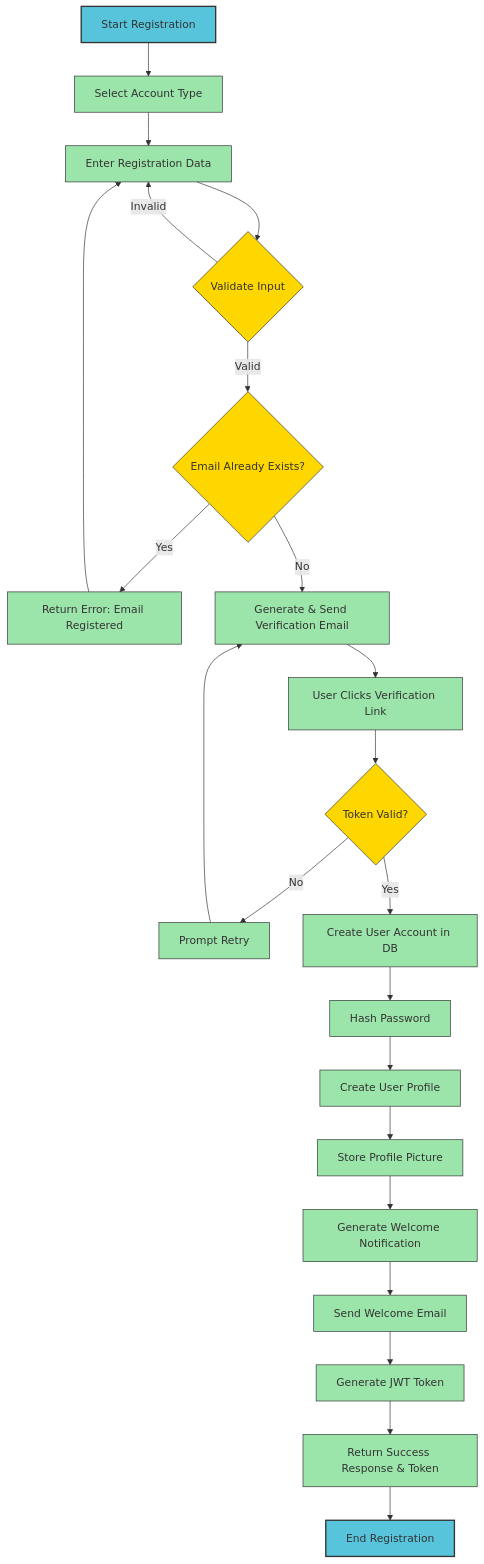
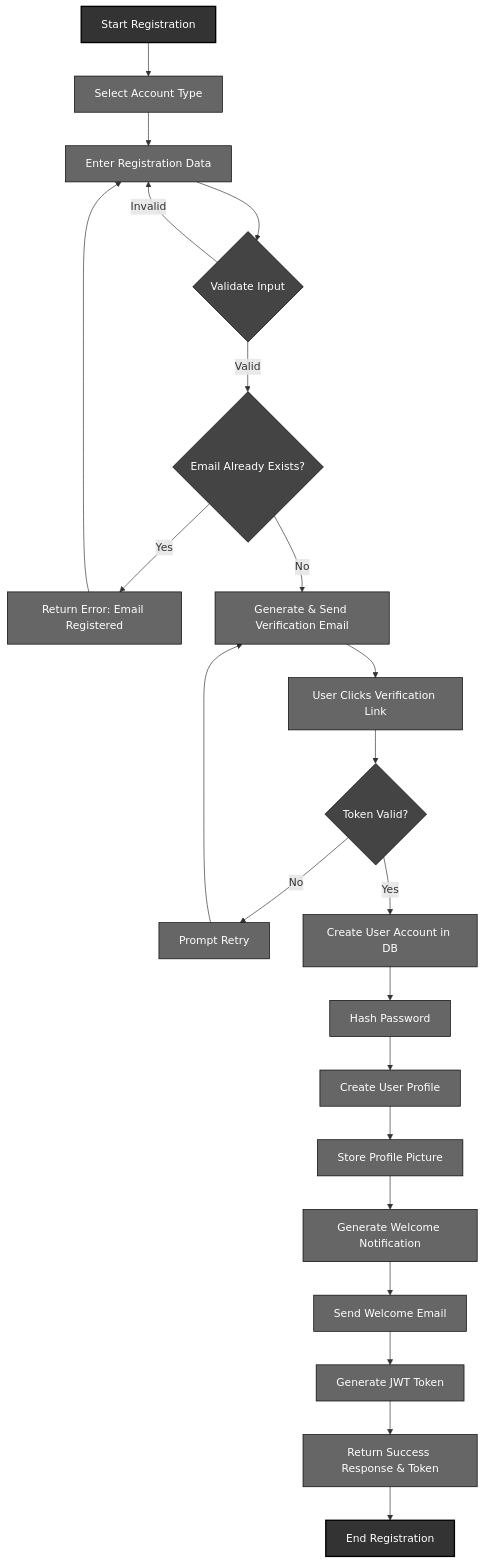
One commit to MaVeN-13TTN/alx-airbnb-project-documentation changed the diagram in flowcharts/README.md. Above: the diagram before and after it, drawn with Mermaid.

Commit message:
Improve flowchart color scheme for better readability in README.md

````diff
--- a/flowcharts/README.md
+++ b/flowcharts/README.md
@@ -285,32 +285,33 @@
 ```mermaid
 flowchart TD
     A[Start Registration] --> B[Select Account Type]
     B --> C[Enter Registration Data]
     C --> D{Validate Input}
     D -->|Invalid| C
     D -->|Valid| E{Email Already Exists?}
     E -->|Yes| F[Return Error: Email Registered]
     F --> C
     E -->|No| G[Generate & Send Verification Email]
     G --> H[User Clicks Verification Link]
     H --> I{Token Valid?}
     I -->|No| J[Prompt Retry]
     J --> G
     I -->|Yes| K[Create User Account in DB]
     K --> L[Hash Password]
     L --> M[Create User Profile]
     M --> N[Store Profile Picture]
     N --> O[Generate Welcome Notification]
     O --> P[Send Welcome Email]
     P --> Q[Generate JWT Token]
     Q --> R[Return Success Response & Token]
     R --> S[End Registration]
 
-    classDef startEnd fill:#58C4DC,stroke:#333,stroke-width:2px
-    classDef process fill:#9BE5AA,stroke:#333,stroke-width:1px
-    classDef decision fill:#FFD700,stroke:#333,stroke-width:1px
+    %% Black and grey color scheme with white text for better readability
+    classDef startEnd fill:#333333,stroke:#000000,stroke-width:2px,color:white
+    classDef process fill:#666666,stroke:#000000,stroke-width:1px,color:white
+    classDef decision fill:#444444,stroke:#000000,stroke-width:1px,color:white
 
     class A,S startEnd
     class B,C,G,H,K,L,M,N,O,P,Q,R,F,J process
     class D,E,I decision
 ```
````
